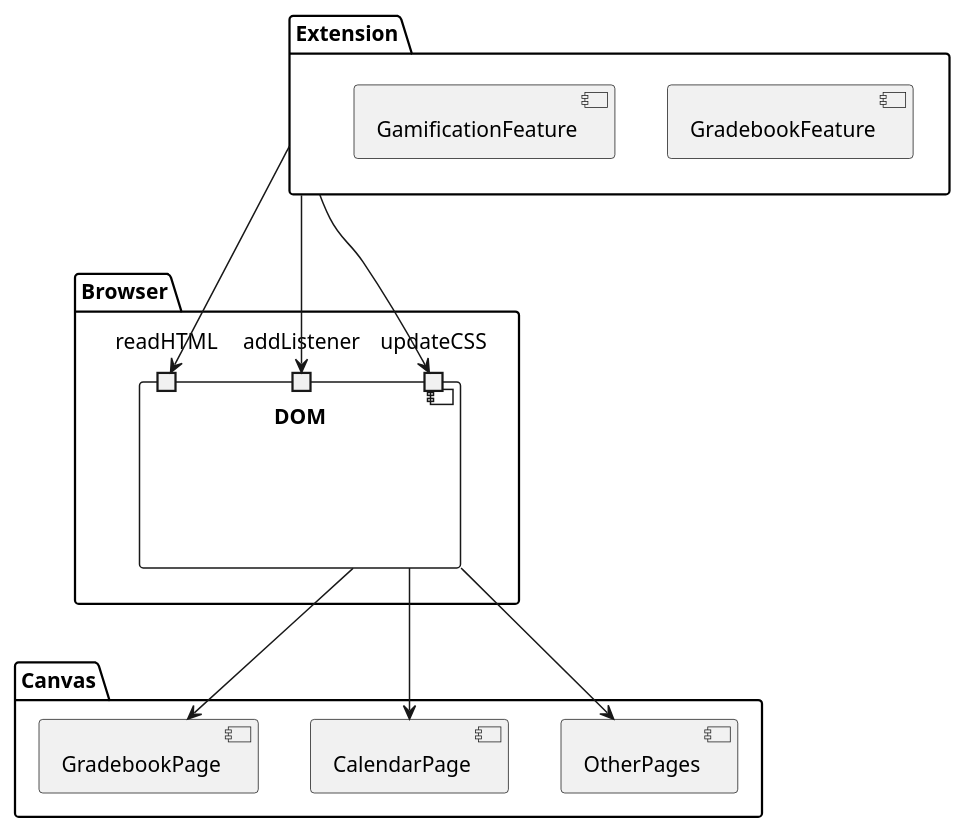
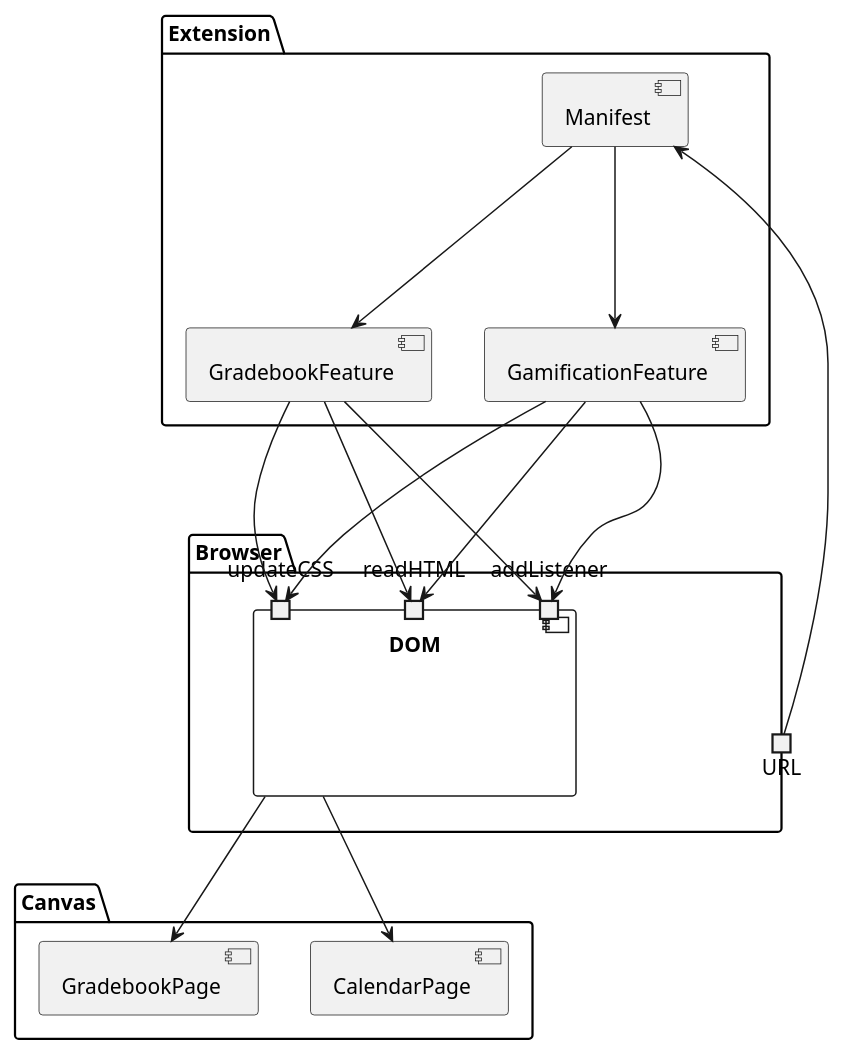
One commit to Canvas-Painter/Group17-Project changed the diagram in uml/design.plantuml. Above: the diagram before and after it, drawn with PlantUML. The commit also changed 1 other file, not shown here.

Commit message:
make diagram more detailed

```diff
--- a/uml/design.plantuml
+++ b/uml/design.plantuml
@@ -1,31 +1,39 @@
 @startuml
 
 package Canvas {
     [GradebookPage]
     [CalendarPage]
-    [OtherPages]
 }
 
 package Browser {
     component DOM {
         portin readHTML
         portin addListener
         portin updateCSS
     }
+
+    portout URL
 }
 
 package Extension {
     [GradebookFeature]
     [GamificationFeature]
-    [GamificationFeature]
+    [Manifest]
 }
 
-Extension ---> readHTML
-Extension ---> addListener
-Extension ---> updateCSS
+URL ---> Manifest
+Manifest ---> GradebookFeature
+Manifest ---> GamificationFeature
+
+GradebookFeature ---> readHTML
+GradebookFeature ---> addListener
+GradebookFeature ---> updateCSS
+
+GamificationFeature ---> readHTML
+GamificationFeature ---> addListener
+GamificationFeature ---> updateCSS
 
 DOM ---> GradebookPage
 DOM ---> CalendarPage
-DOM ---> OtherPages
 
 @enduml
```
